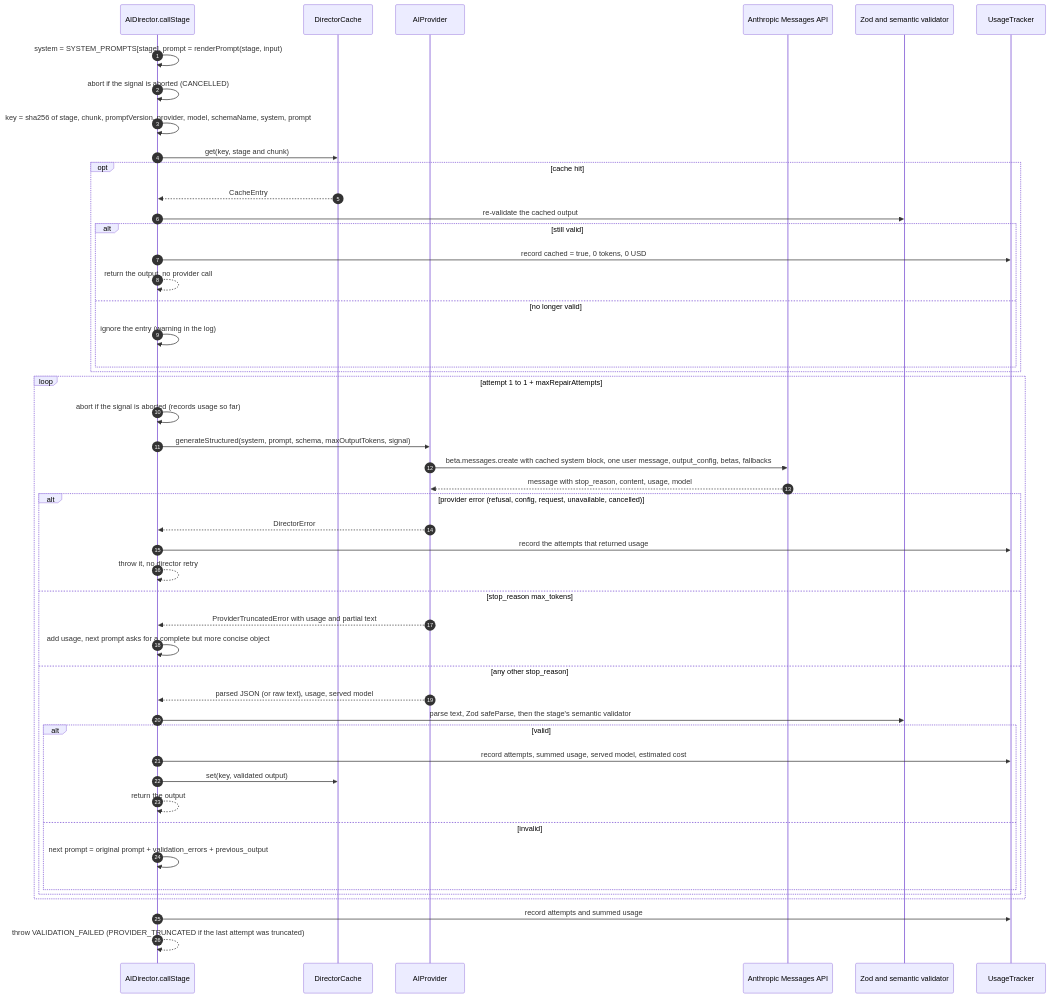
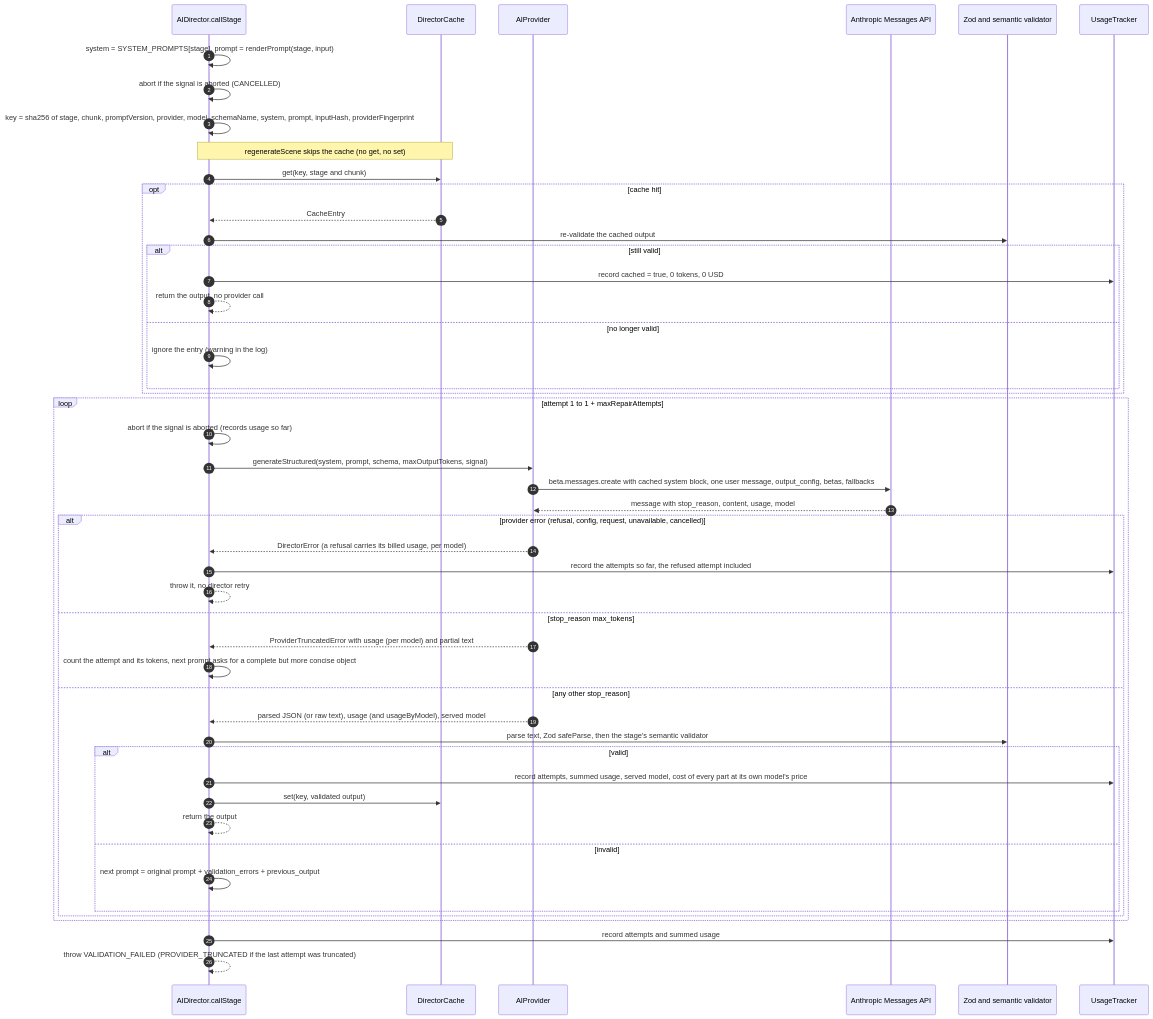
One commit to Gokulraj002/Video-Creation changed the second of 2 diagrams in docs/AI_DIRECTOR.md. Above: the diagram before and after it, drawn with Mermaid. The commit also changed other lines of this file and 6 other files, not shown here.

````diff
--- a/docs/AI_DIRECTOR.md
+++ b/docs/AI_DIRECTOR.md
@@ -201,51 +220,52 @@
 ```mermaid
 sequenceDiagram
   autonumber
   participant D as AIDirector.callStage
   participant C as DirectorCache
   participant P as AIProvider
   participant A as Anthropic Messages API
   participant V as Zod and semantic validator
   participant U as UsageTracker
 
   D->>D: system = SYSTEM_PROMPTS[stage], prompt = renderPrompt(stage, input)
   D->>D: abort if the signal is aborted (CANCELLED)
-  D->>D: key = sha256 of stage, chunk, promptVersion, provider, model, schemaName, system, prompt
+  D->>D: key = sha256 of stage, chunk, promptVersion, provider, model, schemaName, system, prompt, inputHash, providerFingerprint
+  Note over D,C: regenerateScene skips the cache (no get, no set)
   D->>C: get(key, stage and chunk)
   opt cache hit
     C-->>D: CacheEntry
     D->>V: re-validate the cached output
     alt still valid
       D->>U: record cached = true, 0 tokens, 0 USD
       D-->>D: return the output, no provider call
     else no longer valid
       D->>D: ignore the entry (warning in the log)
     end
   end
   loop attempt 1 to 1 + maxRepairAttempts
     D->>D: abort if the signal is aborted (records usage so far)
     D->>P: generateStructured(system, prompt, schema, maxOutputTokens, signal)
     P->>A: beta.messages.create with cached system block, one user message, output_config, betas, fallbacks
     A-->>P: message with stop_reason, content, usage, model
     alt provider error (refusal, config, request, unavailable, cancelled)
-      P-->>D: DirectorError
-      D->>U: record the attempts that returned usage
+      P-->>D: DirectorError (a refusal carries its billed usage, per model)
+      D->>U: record the attempts so far, the refused attempt included
       D-->>D: throw it, no director retry
     else stop_reason max_tokens
-      P-->>D: ProviderTruncatedError with usage and partial text
-      D->>D: add usage, next prompt asks for a complete but more concise object
+      P-->>D: ProviderTruncatedError with usage (per model) and partial text
+      D->>D: count the attempt and its tokens, next prompt asks for a complete but more concise object
     else any other stop_reason
-      P-->>D: parsed JSON (or raw text), usage, served model
+      P-->>D: parsed JSON (or raw text), usage (and usageByModel), served model
       D->>V: parse text, Zod safeParse, then the stage's semantic validator
       alt valid
-        D->>U: record attempts, summed usage, served model, estimated cost
+        D->>U: record attempts, summed usage, served model, cost of every part at its own model's price
         D->>C: set(key, validated output)
         D-->>D: return the output
       else invalid
         D->>D: next prompt = original prompt + validation_errors + previous_output
       end
     end
   end
   D->>U: record attempts and summed usage
   D-->>D: throw VALIDATION_FAILED (PROVIDER_TRUNCATED if the last attempt was truncated)
 ```
````
